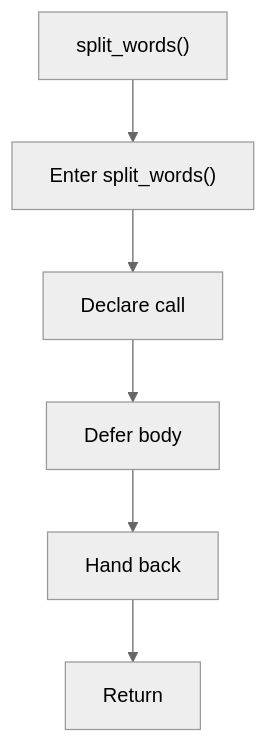
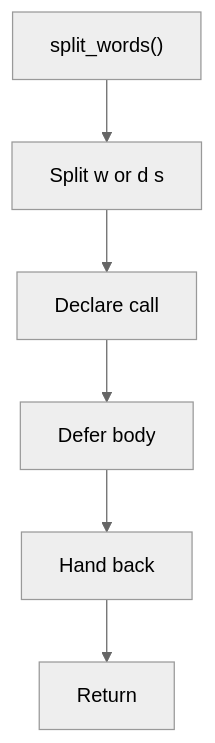
Before and after one commit to JohnAndrewBalbarosa/NeoTerritory: the diagram in docs/Codebase/Microservice/Modules/Header/SyntacticBrokenAST/Analysis/ImplementationUse/Resolution/Symbols/Internal/Flow/functions/split_words.hpp.md, drawn with Mermaid (neutral theme). The commit also changed other lines of this file and 915 other files, not shown here.

````diff
--- a/docs/Codebase/Microservice/Modules/Header/SyntacticBrokenAST/Analysis/ImplementationUse/Resolution/Symbols/Internal/Flow/functions/split_words.hpp.md
+++ b/docs/Codebase/Microservice/Modules/Header/SyntacticBrokenAST/Analysis/ImplementationUse/Resolution/Symbols/Internal/Flow/functions/split_words.hpp.md
@@ -16,14 +16,14 @@
 ```mermaid
 flowchart TD
     Start["split_words()"]
-    N0["Enter split_words()"]
+    N0["Split w or d s"]
     N1["Declare call"]
     N2["Defer body"]
     N3["Hand back"]
     End["Return"]
     Start --> N0
     N0 --> N1
     N1 --> N2
     N2 --> N3
     N3 --> End
 ```
````
